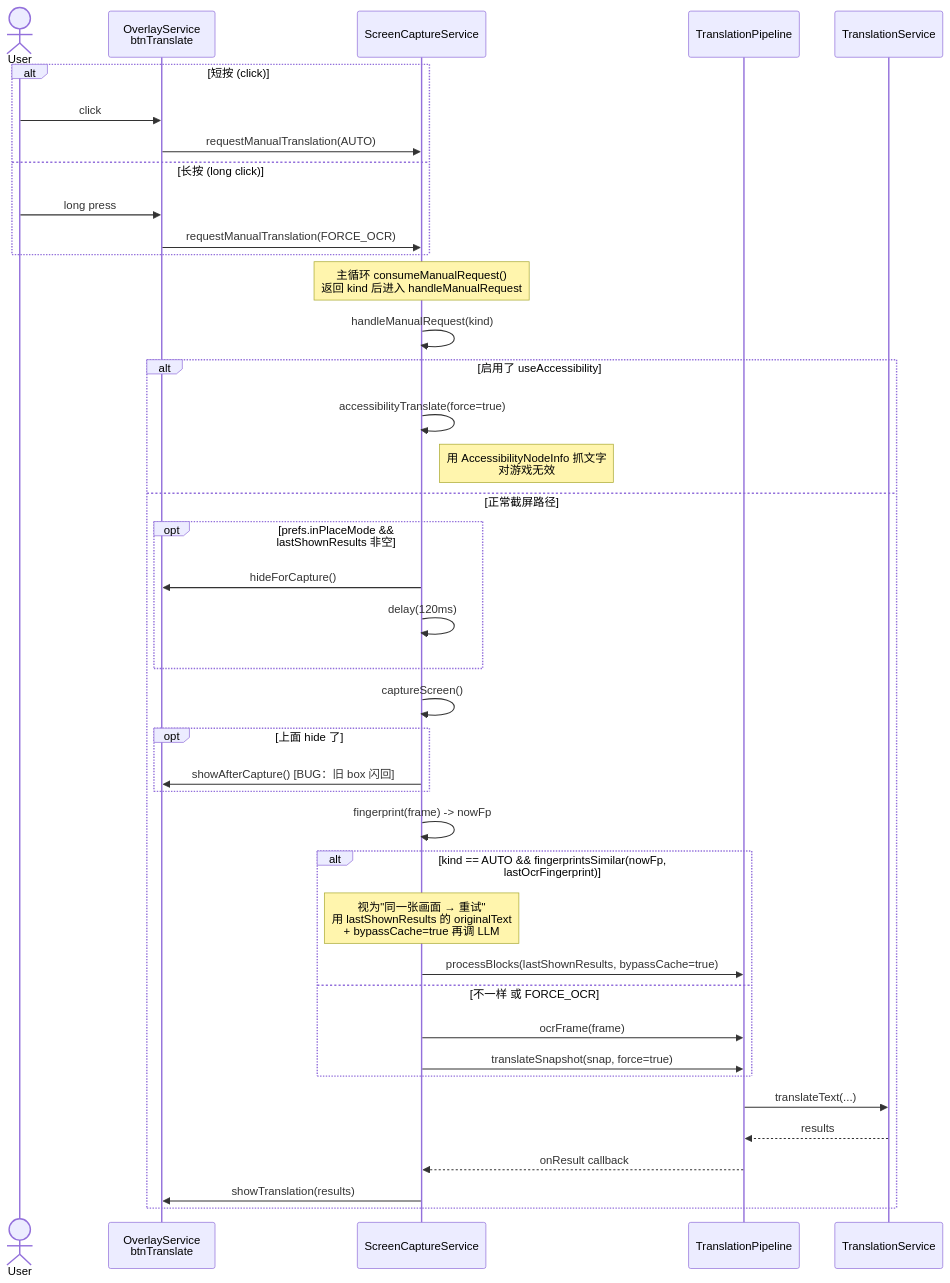
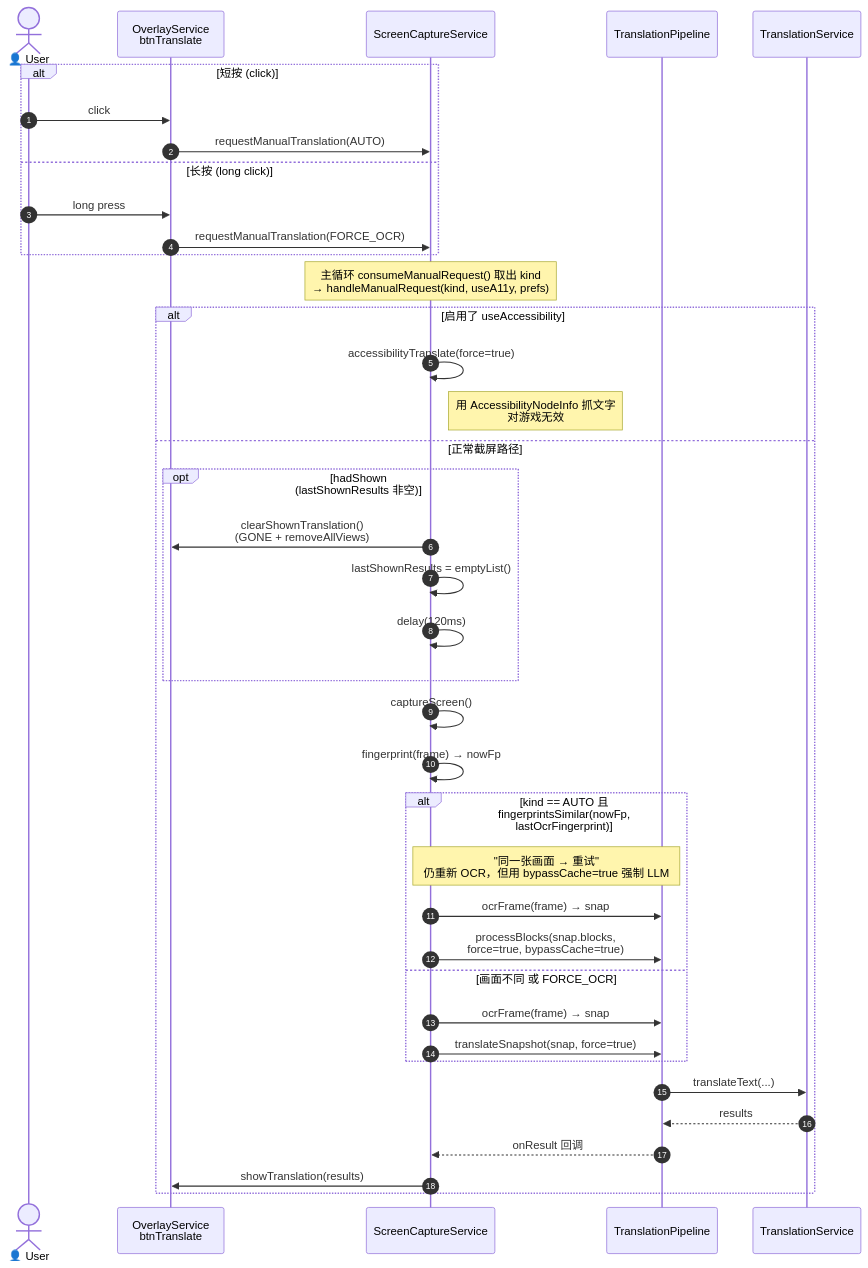
One commit to wilson15832/ocr_translator_ai changed the fifth of 8 diagrams in ARCHITECTURE.md. Above: the diagram before and after it, drawn with Mermaid. The commit also changed other lines of this file, not shown here.

````diff
--- a/ARCHITECTURE.md
+++ b/ARCHITECTURE.md
@@ -218,45 +254,46 @@
 ```mermaid
 sequenceDiagram
-    actor U as User
+    autonumber
+    actor U as 👤 User
     participant OS as OverlayService<br/>btnTranslate
     participant SCS as ScreenCaptureService
     participant TP as TranslationPipeline
     participant TS as TranslationService
 
     alt 短按 (click)
         U->>OS: click
         OS->>SCS: requestManualTranslation(AUTO)
     else 长按 (long click)
         U->>OS: long press
         OS->>SCS: requestManualTranslation(FORCE_OCR)
     end
 
-    Note over SCS: 主循环 consumeManualRequest()<br/>返回 kind 后进入 handleManualRequest
+    Note over SCS: 主循环 consumeManualRequest() 取出 kind<br/>→ handleManualRequest(kind, useA11y, prefs)
 
-    SCS->>SCS: handleManualRequest(kind)
     alt 启用了 useAccessibility
         SCS->>SCS: accessibilityTranslate(force=true)
         Note right of SCS: 用 AccessibilityNodeInfo 抓文字<br/>对游戏无效
     else 正常截屏路径
-        opt prefs.inPlaceMode && lastShownResults 非空
-            SCS->>OS: hideForCapture()
+        opt hadShown (lastShownResults 非空)
+            SCS->>OS: clearShownTranslation()<br/>(GONE + removeAllViews)
+            SCS->>SCS: lastShownResults = emptyList()
             SCS->>SCS: delay(120ms)
         end
         SCS->>SCS: captureScreen()
-        opt 上面 hide 了
-            SCS->>OS: showAfterCapture() [BUG：旧 box 闪回]
-        end
-        SCS->>SCS: fingerprint(frame) -> nowFp
-        alt kind == AUTO && fingerprintsSimilar(nowFp, lastOcrFingerprint)
-            Note over SCS: 视为"同一张画面 → 重试"<br/>用 lastShownResults 的 originalText<br/>+ bypassCache=true 再调 LLM
-            SCS->>TP: processBlocks(lastShownResults, bypassCache=true)
-        else 不一样 或 FORCE_OCR
-            SCS->>TP: ocrFrame(frame)
+        SCS->>SCS: fingerprint(frame) → nowFp
+
+        alt kind == AUTO 且 fingerprintsSimilar(nowFp, lastOcrFingerprint)
+            Note over SCS,TP: "同一张画面 → 重试"<br/>仍重新 OCR，但用 bypassCache=true 强制 LLM
+            SCS->>TP: ocrFrame(frame) → snap
+            SCS->>TP: processBlocks(snap.blocks,<br/>force=true, bypassCache=true)
+        else 画面不同 或 FORCE_OCR
+            SCS->>TP: ocrFrame(frame) → snap
             SCS->>TP: translateSnapshot(snap, force=true)
         end
+
         TP->>TS: translateText(...)
         TS-->>TP: results
-        TP-->>SCS: onResult callback
+        TP-->>SCS: onResult 回调
         SCS->>OS: showTranslation(results)
     end
 ```
````
